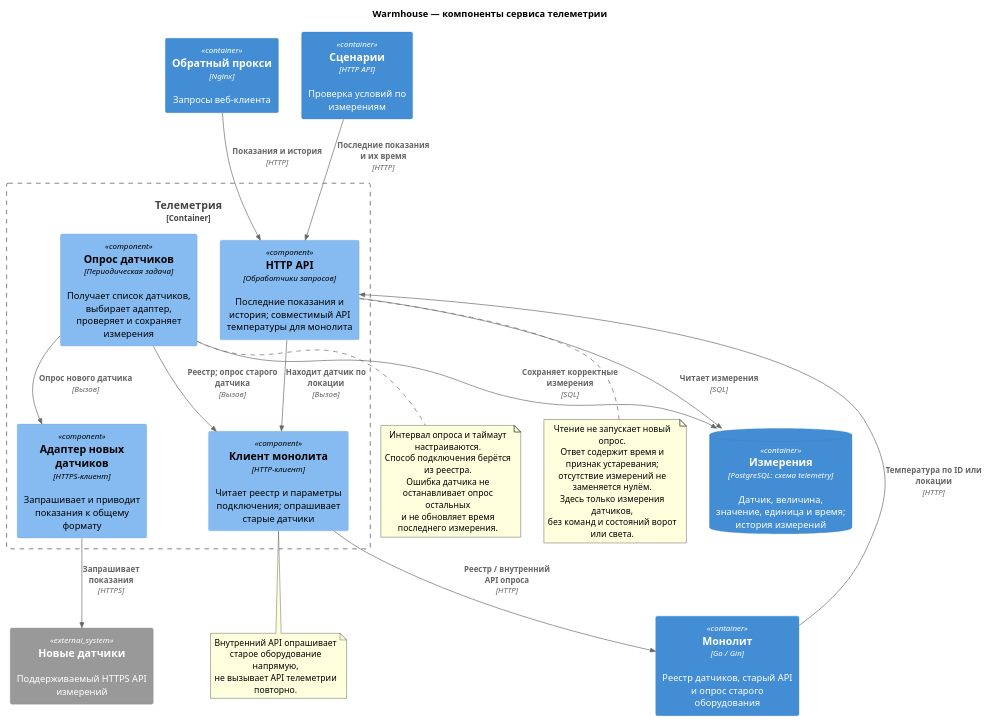
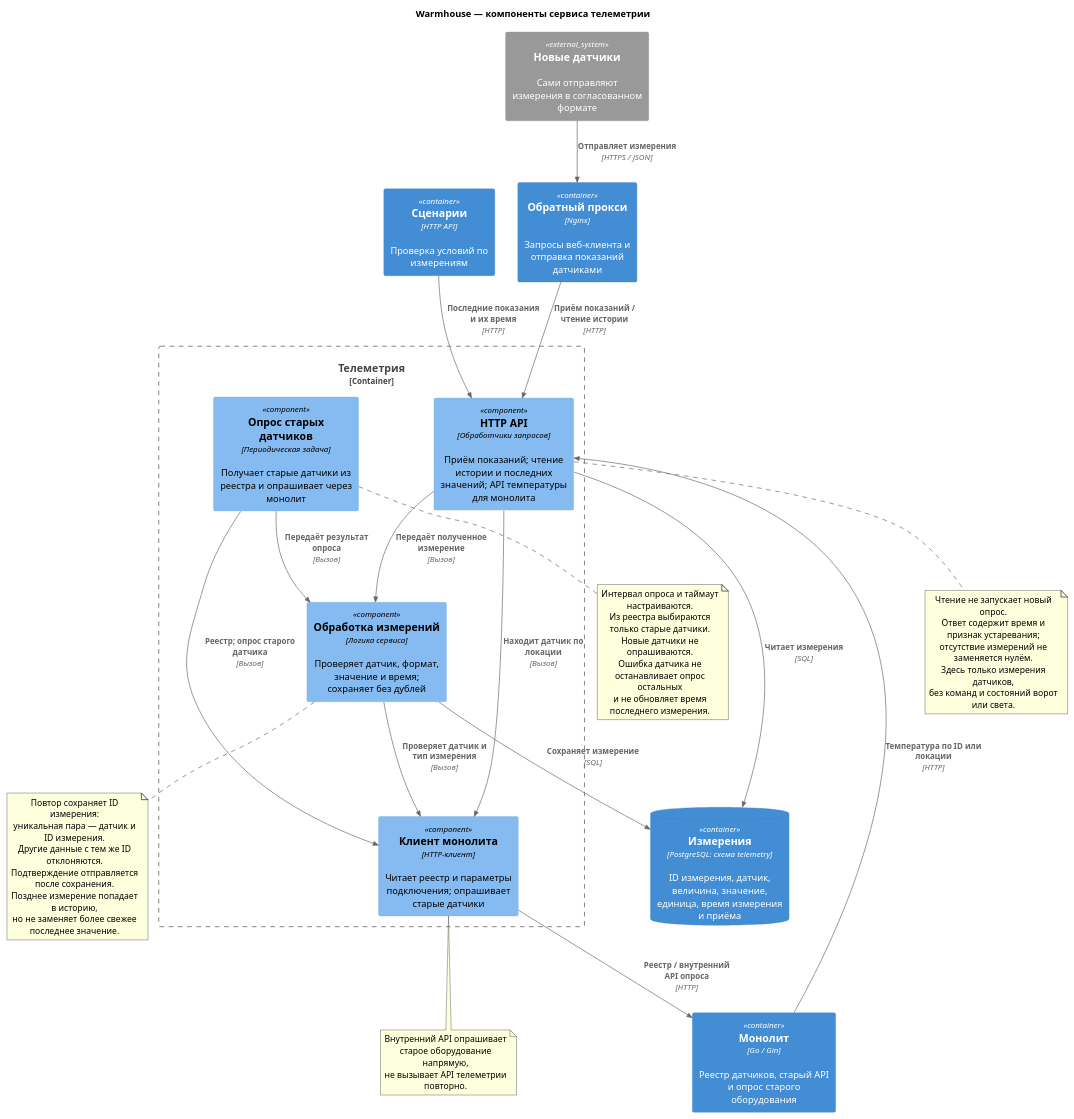
Before and after one commit to AndyMcFishka/architecture-pro-warmhouse: the diagram in diagrams/components/telemetry.puml, drawn with PlantUML. The commit also changed 1 other file, not shown here.

Commit message:
Use HTTP push telemetry for new sensors

```diff
--- a/diagrams/components/telemetry.puml
+++ b/diagrams/components/telemetry.puml
@@ -1,51 +1,63 @@
 @startuml
 !include <C4/C4_Component>
 
 title Warmhouse — компоненты сервиса телеметрии
 LAYOUT_TOP_DOWN()
 
-Container(proxy, "Обратный прокси", "Nginx", "Запросы веб-клиента")
+Container(proxy, "Обратный прокси", "Nginx", "Запросы веб-клиента и отправка показаний датчиками")
 Container(monolith, "Монолит", "Go / Gin", "Реестр датчиков, старый API и опрос старого оборудования")
 Container(rules, "Сценарии", "HTTP API", "Проверка условий по измерениям")
 
 Container_Boundary(telemetry, "Телеметрия") {
-    Component(api, "HTTP API", "Обработчики запросов", "Последние показания и история; совместимый API температуры для монолита")
-    Component(poller, "Опрос датчиков", "Периодическая задача", "Получает список датчиков, выбирает адаптер, проверяет и сохраняет измерения")
+    Component(api, "HTTP API", "Обработчики запросов", "Приём показаний; чтение истории и последних значений; API температуры для монолита")
+    Component(poller, "Опрос старых датчиков", "Периодическая задача", "Получает старые датчики из реестра и опрашивает через монолит")
     Component(monolithClient, "Клиент монолита", "HTTP-клиент", "Читает реестр и параметры подключения; опрашивает старые датчики")
-    Component(deviceClient, "Адаптер новых датчиков", "HTTPS-клиент", "Запрашивает и приводит показания к общему формату")
+    Component(ingest, "Обработка измерений", "Логика сервиса", "Проверяет датчик, формат, значение и время; сохраняет без дублей")
 }
 
-ContainerDb(db, "Измерения", "PostgreSQL: схема telemetry", "Датчик, величина, значение, единица и время; история измерений")
-System_Ext(sensors, "Новые датчики", "Поддерживаемый HTTPS API измерений")
+ContainerDb(db, "Измерения", "PostgreSQL: схема telemetry", "ID измерения, датчик, величина, значение, единица, время измерения и приёма")
+System_Ext(sensors, "Новые датчики", "Сами отправляют измерения в согласованном формате")
 
-Rel(proxy, api, "Показания и история", "HTTP")
+Rel(sensors, proxy, "Отправляет измерения", "HTTPS / JSON")
+Rel(proxy, api, "Приём показаний / чтение истории", "HTTP")
 Rel(monolith, api, "Температура по ID или локации", "HTTP")
 Rel(rules, api, "Последние показания и их время", "HTTP")
 Rel(api, db, "Читает измерения", "SQL")
 Rel(api, monolithClient, "Находит датчик по локации", "Вызов")
 Rel(poller, monolithClient, "Реестр; опрос старого датчика", "Вызов")
-Rel(poller, deviceClient, "Опрос нового датчика", "Вызов")
-Rel(poller, db, "Сохраняет корректные измерения", "SQL")
+Rel(api, ingest, "Передаёт полученное измерение", "Вызов")
+Rel(poller, ingest, "Передаёт результат опроса", "Вызов")
+Rel(ingest, monolithClient, "Проверяет датчик и тип измерения", "Вызов")
+Rel(ingest, db, "Сохраняет измерение", "SQL")
 Rel(monolithClient, monolith, "Реестр / внутренний API опроса", "HTTP")
-Rel(deviceClient, sensors, "Запрашивает показания", "HTTPS")
 
 note bottom of poller
   Интервал опроса и таймаут настраиваются.
-  Способ подключения берётся из реестра.
+  Из реестра выбираются только старые датчики.
+  Новые датчики не опрашиваются.
   Ошибка датчика не останавливает опрос остальных
   и не обновляет время последнего измерения.
 end note
 
 note bottom of api
   Чтение не запускает новый опрос.
   Ответ содержит время и признак устаревания;
   отсутствие измерений не заменяется нулём.
   Здесь только измерения датчиков,
   без команд и состояний ворот или света.
 end note
 
+note bottom of ingest
+  Повтор сохраняет ID измерения:
+  уникальная пара — датчик и ID измерения.
+  Другие данные с тем же ID отклоняются.
+  Подтверждение отправляется после сохранения.
+  Позднее измерение попадает в историю,
+  но не заменяет более свежее последнее значение.
+end note
+
 note bottom of monolithClient
   Внутренний API опрашивает старое оборудование напрямую,
   не вызывает API телеметрии повторно.
 end note
 @enduml
```
